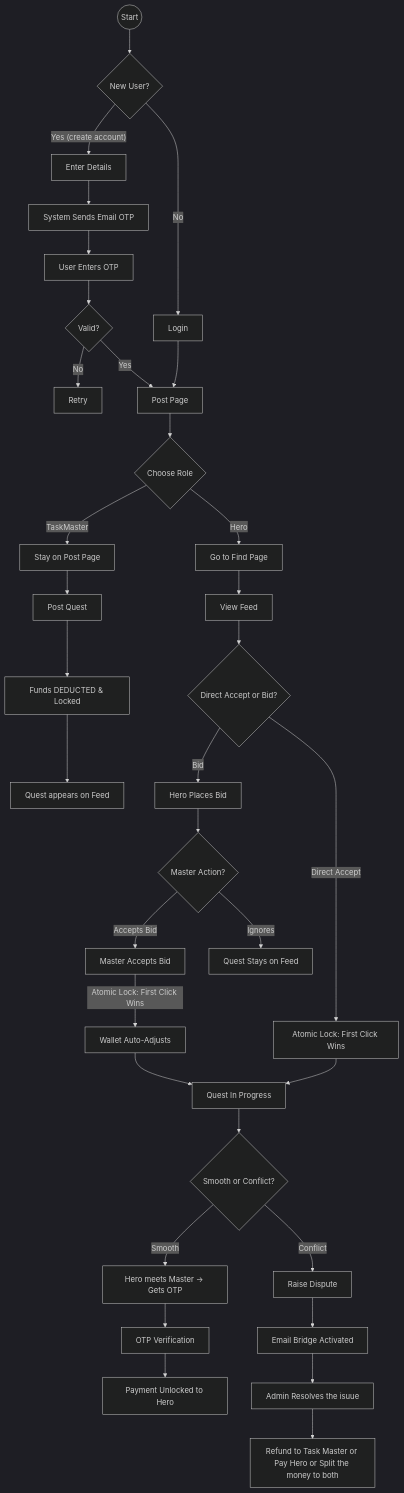
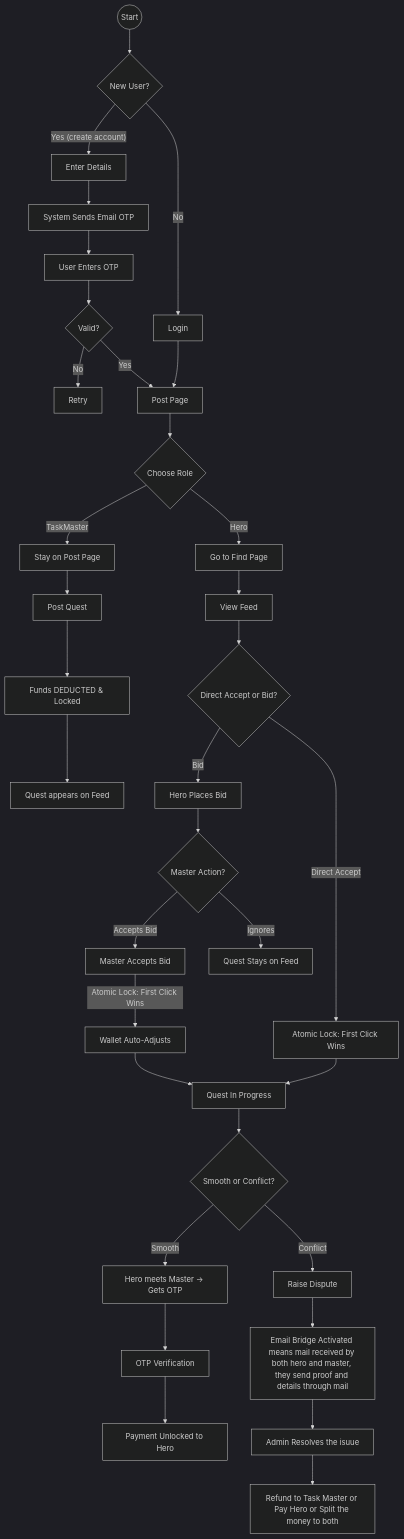
The first of 3 diagrams in Technical_Architechture.md (arupdhara/arup-demo), drawn with Mermaid (dark theme) before and after one commit. The commit also changed other lines of this file, not shown here.

````diff
--- a/Technical_Architechture.md
+++ b/Technical_Architechture.md
@@ -4,49 +4,49 @@
 ```mermaid
 graph TD
     Start((Start)) --> Auth{New User?}
     
     Auth -- Yes (create account) --> Register[Enter Details]
     Register --> OTP_Gen[System Sends Email OTP]
     OTP_Gen --> Input_OTP[User Enters OTP]
     Input_OTP --> Verify_OTP{Valid?}
     
     Verify_OTP -- No --> Retry[Retry]
     Verify_OTP -- Yes --> Home[Post Page]
     
     Auth -- No --> Login[Login]
     Login --> Home
     Home --> RoleSelection{Choose Role}
     RoleSelection -- TaskMaster --> TM[Stay on Post Page]
     RoleSelection -- Hero --> Hero[Go to Find Page]
     
     %%Core Logic
     TM --> Post[Post Quest]
     Hero --> Find[View Feed]
     Post --> Escrow[Funds DEDUCTED & Locked]
     Escrow --> Feed[Quest appears on Feed]
     
     Find --> Decision{Direct Accept or Bid?}
     Decision -- Direct Accept --> Lock[Atomic Lock: First Click Wins]
     Decision -- Bid --> Bidding[Hero Places Bid]
     
     Bidding --> MasterDecision{Master Action?}
     
     MasterDecision -- Accepts Bid --> TMAccept[Master Accepts Bid]
     MasterDecision -- Ignores --> FeedRetained[Quest Stays on Feed]
     
     TMAccept -- Atomic Lock: First Click Wins --> Adjust[Wallet Auto-Adjusts]
     
     Adjust --> Working[Quest In Progress]
     Lock --> Working
     
     Working --> Outcome{Smooth or Conflict?}
     
     Outcome -- Smooth --> OTP[Hero meets Master -> Gets OTP]
     OTP --> Verify[OTP Verification]
     Verify --> Release[Payment Unlocked to Hero]
     
     Outcome -- Conflict --> Dispute[Raise Dispute]
-    Dispute --> EmailBridge[Email Bridge Activated]
+    Dispute --> EmailBridge[Email Bridge Activated means mail received by both hero and master, they send proof and details through mail]
     EmailBridge --> Admin[Admin Resolves the isuue]
     Admin --> Refund[Refund to Task Master or Pay Hero or Split the money to both]
 ```
````
